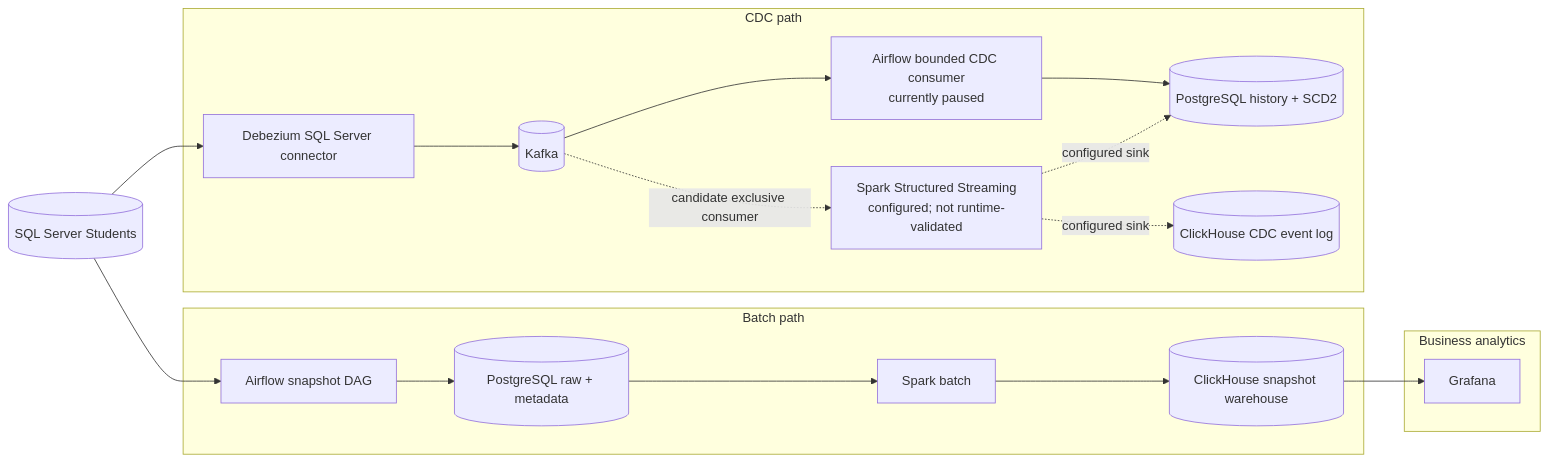
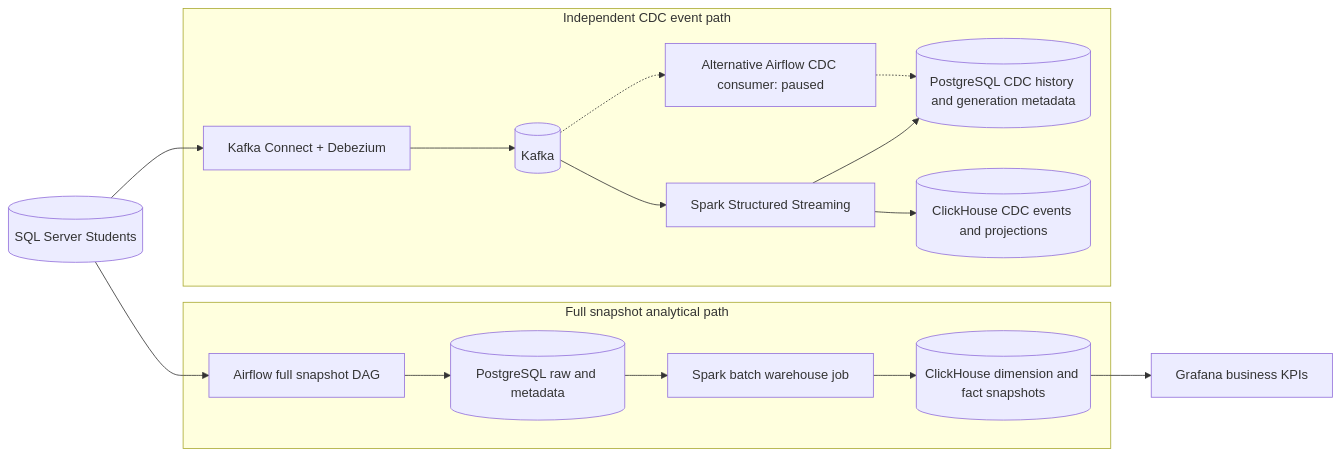
One commit to pzolfaghari72/students-data-engineering-platform changed the second of 3 diagrams in docs/02-architecture/diagrams/system-context.md. Above: the diagram before and after it, drawn with Mermaid. The commit also changed other lines of this file and 41 other files, not shown here.

````diff
--- a/docs/02-architecture/diagrams/system-context.md
+++ b/docs/02-architecture/diagrams/system-context.md
@@ -24,30 +22,27 @@
 ```mermaid
 flowchart LR
-    SQL[(SQL Server Students)]
-    subgraph Batch["Batch path"]
-        AF["Airflow snapshot DAG"]
-        Raw[("PostgreSQL raw + metadata")]
-        SB["Spark batch"]
-        CH[("ClickHouse snapshot warehouse")]
+    SQL[("SQL Server Students")]
+    subgraph Batch["Full snapshot analytical path"]
+        AF["Airflow full snapshot DAG"]
+        Raw[("PostgreSQL raw and metadata")]
+        SB["Spark batch warehouse job"]
+        CH[("ClickHouse dimension and fact snapshots")]
         AF --> Raw --> SB --> CH
     end
-    subgraph CDC["CDC path"]
-        Deb["Debezium SQL Server connector"]
-        K[("Kafka")]
-        ACDC["Airflow bounded CDC consumer<br/>currently paused"]
-        PGH[("PostgreSQL history + SCD2")]
-        SCDC["Spark Structured Streaming<br/>configured; not runtime-validated"]
-        CDE[("ClickHouse CDC event log")]
-        Deb --> K
-        K --> ACDC --> PGH
-        K -. "candidate exclusive consumer" .-> SCDC
-        SCDC -. "configured sink" .-> PGH
-        SCDC -. "configured sink" .-> CDE
+    subgraph CDC["Independent CDC event path"]
+        Deb["Kafka Connect + Debezium"]
+        K[(Kafka)]
+        Stream["Spark Structured Streaming"]
+        PGH[("PostgreSQL CDC history and generation metadata")]
+        CDE[("ClickHouse CDC events and projections")]
+        Alt["Alternative Airflow CDC consumer: paused"]
+        Deb --> K --> Stream
+        Stream --> PGH
+        Stream --> CDE
+        K -.-> Alt
+        Alt -.-> PGH
     end
     SQL --> AF
     SQL --> Deb
-    subgraph Analytics["Business analytics"]
-        Graf["Grafana"]
-        CH --> Graf
-    end
+    CH --> Grafana["Grafana business KPIs"]
 ```
````
